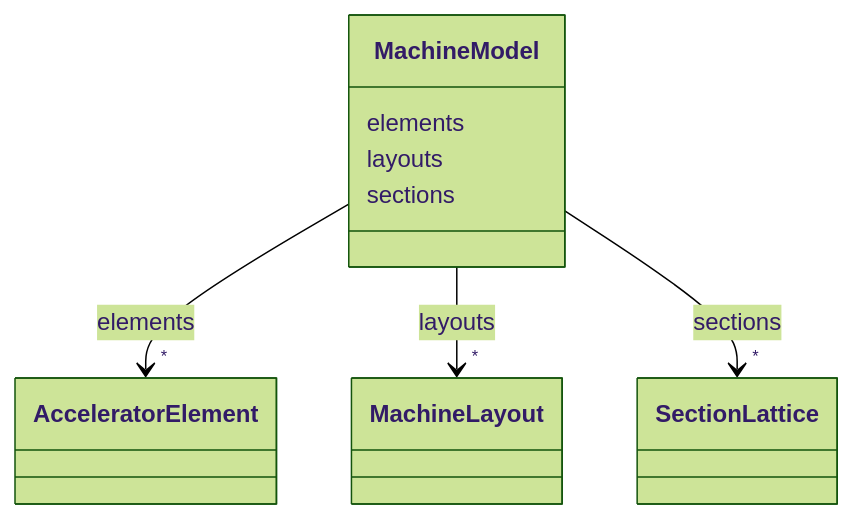
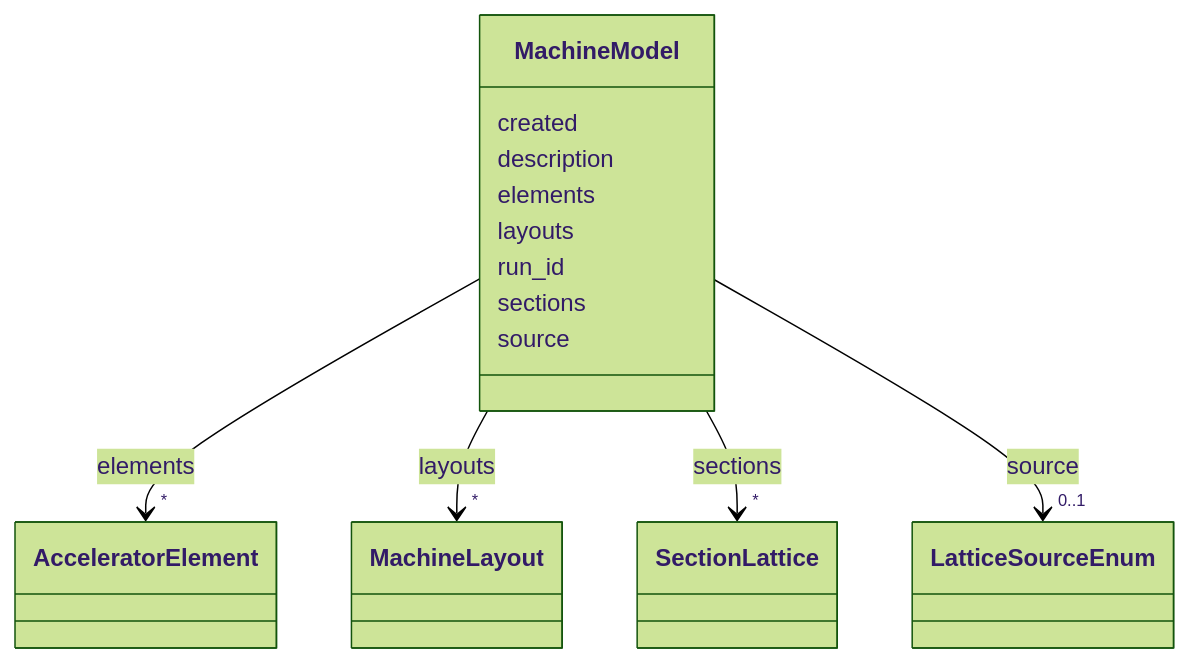
One commit to astec-stfc/laura changed the diagram in docs/source/schema/MachineModel.md. Above: the diagram before and after it, drawn with Mermaid (forest theme). The commit also changed other lines of this file and 45 other files, not shown here.

````diff
--- a/docs/source/schema/MachineModel.md
+++ b/docs/source/schema/MachineModel.md
@@ -18,39 +18,56 @@
 ```mermaid
  classDiagram
     class MachineModel
     click MachineModel href "../MachineModel/"
+      MachineModel : created
+        
+      MachineModel : description
+        
       MachineModel : elements
         
           
     
         
         
         MachineModel --> "*" AcceleratorElement : elements
         click AcceleratorElement href "../AcceleratorElement/"
     
 
         
       MachineModel : layouts
         
           
     
         
         
         MachineModel --> "*" MachineLayout : layouts
         click MachineLayout href "../MachineLayout/"
     
 
         
+      MachineModel : run_id
+        
       MachineModel : sections
         
           
     
         
         
         MachineModel --> "*" SectionLattice : sections
         click SectionLattice href "../SectionLattice/"
     
 
         
+      MachineModel : source
+        
+          
+    
+        
+        
+        MachineModel --> "0..1" LatticeSourceEnum : source
+        click LatticeSourceEnum href "../LatticeSourceEnum/"
+    
+
+        
       
 ```
````
